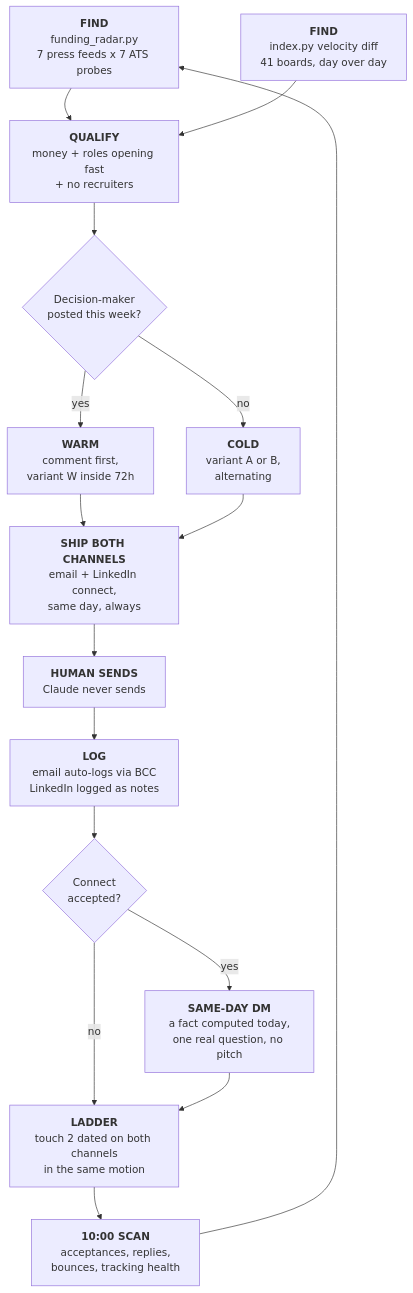
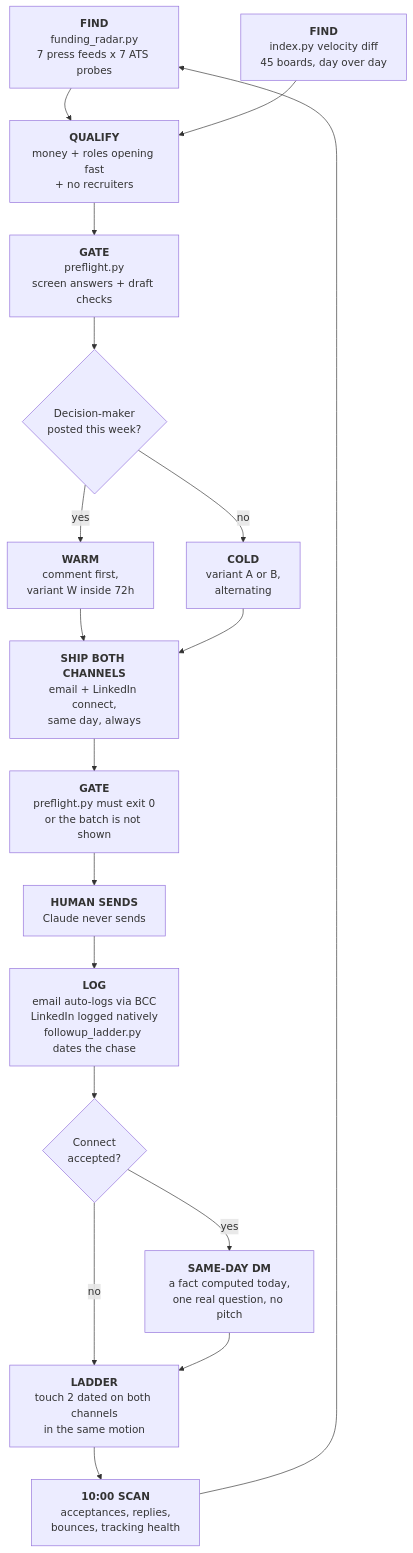
Before and after one commit to JacopoLupo/tribe-claude-skills: the diagram in README.md, drawn with Mermaid. The commit also changed other lines of this file and 12 other files, not shown here.

````diff
--- a/README.md
+++ b/README.md
@@ -19,18 +19,20 @@
 ```mermaid
 flowchart TD
     A["<b>FIND</b><br/>funding_radar.py<br/>7 press feeds x 7 ATS probes"] --> B["<b>QUALIFY</b><br/>money + roles opening fast<br/>+ no recruiters"]
-    A2["<b>FIND</b><br/>index.py velocity diff<br/>41 boards, day over day"] --> B
-    B --> C{"Decision-maker<br/>posted this week?"}
+    A2["<b>FIND</b><br/>index.py velocity diff<br/>45 boards, day over day"] --> B
+    B --> P["<b>GATE</b><br/>preflight.py<br/>screen answers + draft checks"]
+    P --> C{"Decision-maker<br/>posted this week?"}
     C -->|yes| W["<b>WARM</b><br/>comment first,<br/>variant W inside 72h"]
     C -->|no| D["<b>COLD</b><br/>variant A or B,<br/>alternating"]
     W --> E["<b>SHIP BOTH CHANNELS</b><br/>email + LinkedIn connect,<br/>same day, always"]
     D --> E
-    E --> F["<b>HUMAN SENDS</b><br/>Claude never sends"]
-    F --> G["<b>LOG</b><br/>email auto-logs via BCC<br/>LinkedIn logged as notes"]
+    E --> P2["<b>GATE</b><br/>preflight.py must exit 0<br/>or the batch is not shown"]
+    P2 --> F["<b>HUMAN SENDS</b><br/>Claude never sends"]
+    F --> G["<b>LOG</b><br/>email auto-logs via BCC<br/>LinkedIn logged natively<br/>followup_ladder.py dates the chase"]
     G --> S{"Connect<br/>accepted?"}
     S -->|yes| T["<b>SAME-DAY DM</b><br/>a fact computed today,<br/>one real question, no pitch"]
     S -->|no| H["<b>LADDER</b><br/>touch 2 dated on both channels<br/>in the same motion"]
     T --> H
     H --> I["<b>10:00 SCAN</b><br/>acceptances, replies,<br/>bounces, tracking health"]
     I --> A
 ```
````
